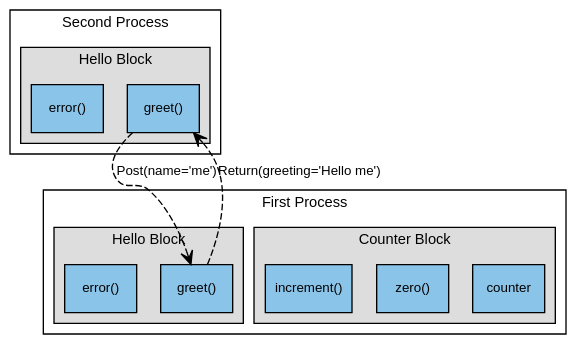
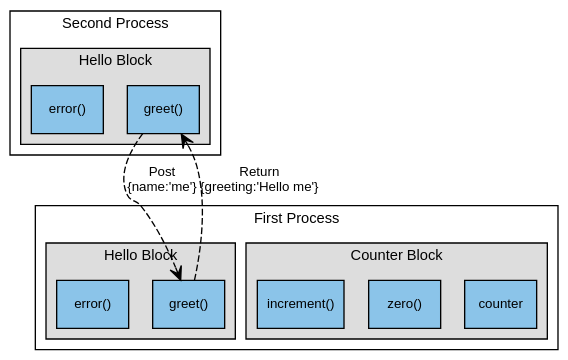
One commit to DiamondLightSource/pymalcolm changed the first of 3 diagrams in docs/tutorials/hello.rst. Above: the diagram before and after it, drawn with Graphviz. The commit also changed other lines of this file and 11 other files, not shown here.

```diff
--- a/docs/tutorials/hello.rst
+++ b/docs/tutorials/hello.rst
@@ -160,34 +160,34 @@
 .. digraph:: distributed_object_usage
 
     bgcolor=transparent
     node [fontname=Arial fontsize=10 shape=box style=filled fillcolor="#8BC4E9"]
     graph [fontname=Arial fontsize=11 fillcolor="#DDDDDD"]
     edge [fontname=Arial fontsize=10 arrowhead=vee]
 
     subgraph cluster_p2 {
         label="Second Process"
         subgraph cluster_h2 {
             label="Hello Block"
             style=filled
             g2 [label="greet()"]
             e2 [label="error()"]
         }
     }
 
     subgraph cluster_p1 {
         label="First Process"
         subgraph cluster_c1 {
             label="Counter Block"
             style=filled
             counter "zero()" "increment()"
         }
         subgraph cluster_h1 {
             label="Hello Block"
             style=filled
             g1 [label="greet()"]
             e1 [label="error()"]
         }
     }
 
-    g2 -> g1 [style=dashed label="Post(name='me')"]
-    g1 -> g2 [style=dashed label="Return(greeting='Hello me')"]
+    g2 -> g1 [style=dashed label="Post\n{name:'me'}"]
+    g1 -> g2 [style=dashed label="Return\n{greeting:'Hello me'}"]
```
